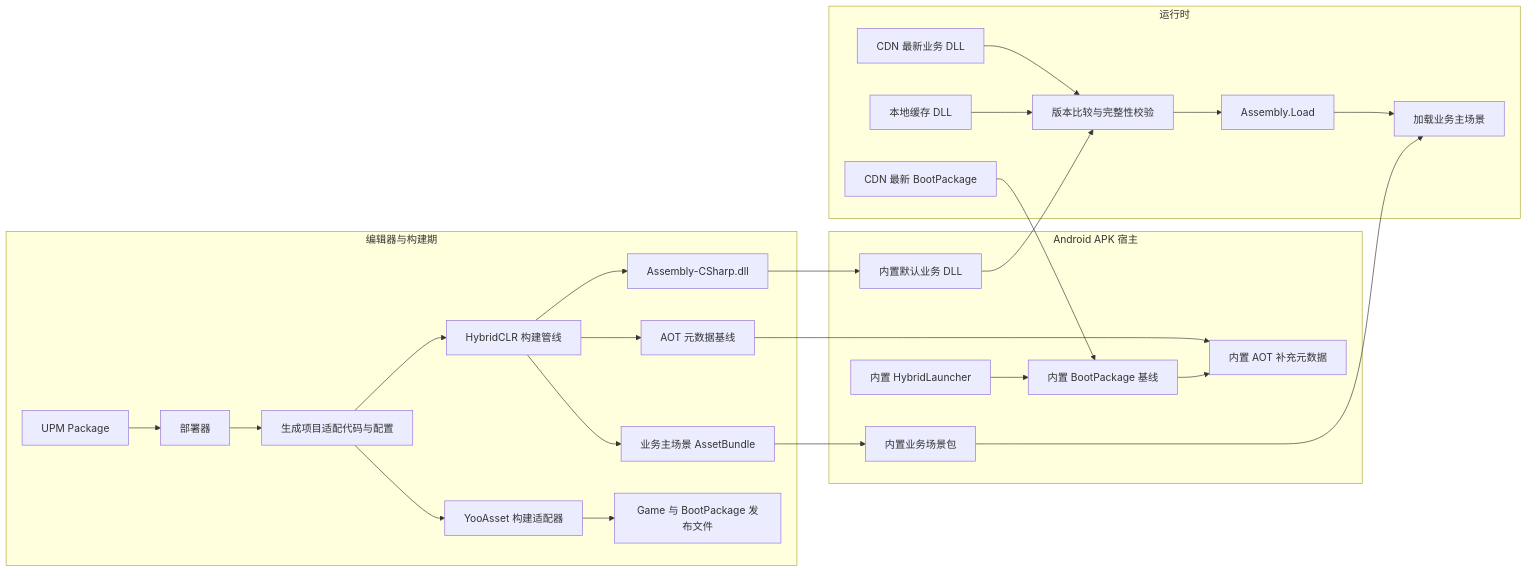
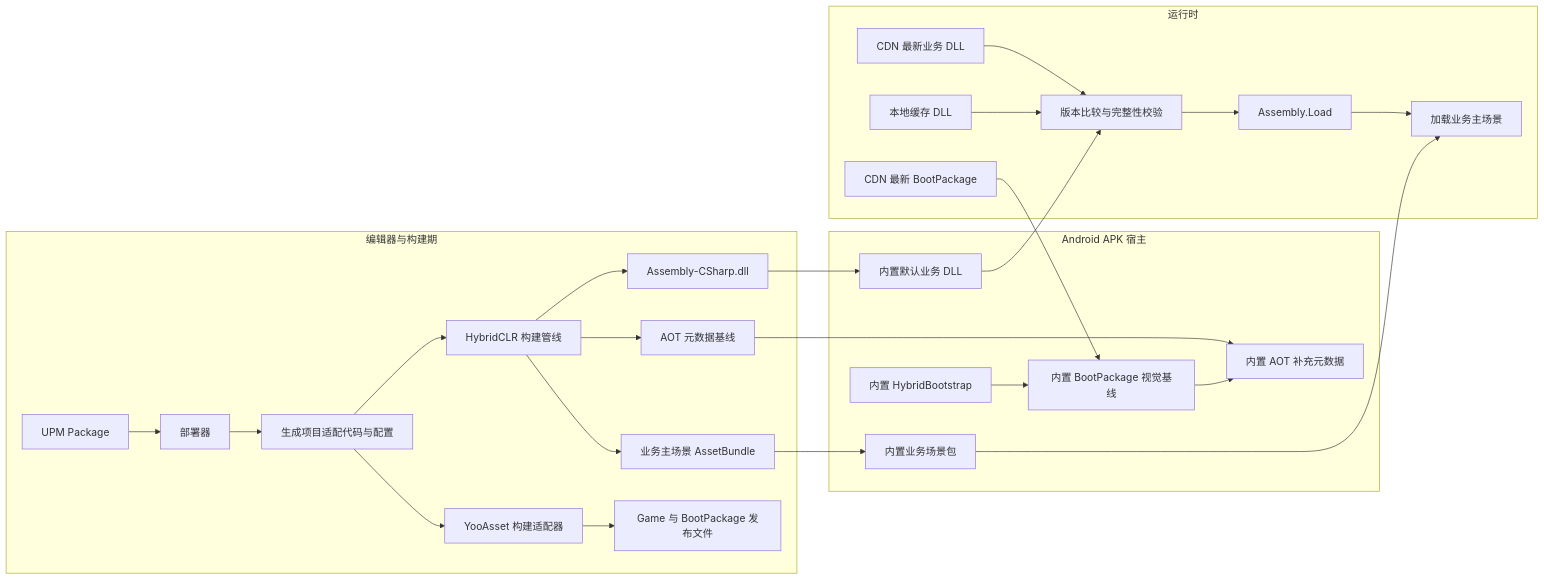
One commit to gensisboss/dysj-Hybrid changed the first of 2 diagrams in README.md. Above: the diagram before and after it, drawn with Mermaid. The commit also changed other lines of this file and 8 other files, not shown here.

````diff
--- a/README.md
+++ b/README.md
@@ -28,43 +28,43 @@
 ```mermaid
 flowchart LR
     subgraph Editor[编辑器与构建期]
         P[UPM Package] --> D[部署器]
         D --> C[生成项目适配代码与配置]
         C --> H[HybridCLR 构建管线]
         C --> Y[YooAsset 构建适配器]
         H --> A[AOT 元数据基线]
         H --> B[Assembly-CSharp.dll]
         H --> S[业务主场景 AssetBundle]
         Y --> R[Game 与 BootPackage 发布文件]
     end
 
     subgraph APK[Android APK 宿主]
-        LAUNCH[内置 HybridLauncher]
-        BOOT[内置 BootPackage 基线]
+        BOOTSCENE[内置 HybridBootstrap]
+        BOOT[内置 BootPackage 视觉基线]
         META[内置 AOT 补充元数据]
         BASE[内置默认业务 DLL]
         SCENE[内置业务场景包]
     end
 
     subgraph Runtime[运行时]
         BOOTCDN[CDN 最新 BootPackage]
         CDN[CDN 最新业务 DLL]
         CACHE[本地缓存 DLL]
         SELECT[版本比较与完整性校验]
         LOAD[Assembly.Load]
         MAIN[加载业务主场景]
     end
 
     A --> META
     B --> BASE
     S --> SCENE
-    LAUNCH --> BOOT
+    BOOTSCENE --> BOOT
     BOOTCDN --> BOOT
     BOOT --> META
     BASE --> SELECT
     CDN --> SELECT
     CACHE --> SELECT
     SELECT --> LOAD
     LOAD --> MAIN
     SCENE --> MAIN
 ```
````
